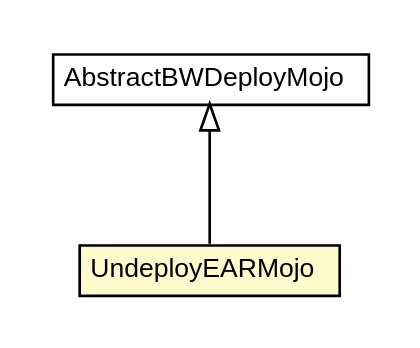
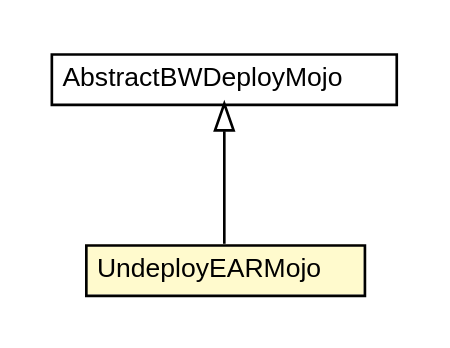
Before and after one commit to fastconnect/tibco-factory: the diagram in snapshot/bw-maven-plugin/apidocs/fr/fastconnect/factory/tibco/bw/maven/deployment/UndeployEARMojo.dot, drawn with Graphviz. The commit also changed 380 other files, not shown here.

```diff
--- a/snapshot/bw-maven-plugin/apidocs/fr/fastconnect/factory/tibco/bw/maven/deployment/UndeployEARMojo.dot
+++ b/snapshot/bw-maven-plugin/apidocs/fr/fastconnect/factory/tibco/bw/maven/deployment/UndeployEARMojo.dot
@@ -1,26 +1,26 @@
 #!/usr/local/bin/dot
 #
 # Class diagram 
 # Generated by UMLGraph version R5_6-24-gf6e263 (http://www.umlgraph.org/)
 #
 
 digraph G {
-	edge [fontname="arial",fontsize=10,labelfontname="arial",labelfontsize=10];
-	node [fontname="arial",fontsize=10,shape=plaintext];
+	edge [fontname="Helvetica",fontsize=10,labelfontname="Helvetica",labelfontsize=10];
+	node [fontname="Helvetica",fontsize=10,shape=plaintext];
 	nodesep=0.25;
 	ranksep=0.5;
 	// fr.fastconnect.factory.tibco.bw.maven.deployment.UndeployEARMojo
-	c4041 [label=<<table title="fr.fastconnect.factory.tibco.bw.maven.deployment.UndeployEARMojo" border="0" cellborder="1" cellspacing="0" cellpadding="2" port="p" bgcolor="lemonChiffon" href="./UndeployEARMojo.html">
+	c4317 [label=<<table title="fr.fastconnect.factory.tibco.bw.maven.deployment.UndeployEARMojo" border="0" cellborder="1" cellspacing="0" cellpadding="2" port="p" bgcolor="lemonChiffon" href="./UndeployEARMojo.html">
 		<tr><td><table border="0" cellspacing="0" cellpadding="1">
 <tr><td align="center" balign="center"> UndeployEARMojo </td></tr>
 		</table></td></tr>
-		</table>>, URL="./UndeployEARMojo.html", fontname="arial", fontcolor="black", fontsize=10.0];
+		</table>>, URL="./UndeployEARMojo.html", fontname="Helvetica", fontcolor="black", fontsize=10.0];
 	// fr.fastconnect.factory.tibco.bw.maven.deployment.AbstractBWDeployMojo
-	c4048 [label=<<table title="fr.fastconnect.factory.tibco.bw.maven.deployment.AbstractBWDeployMojo" border="0" cellborder="1" cellspacing="0" cellpadding="2" port="p" href="./AbstractBWDeployMojo.html">
+	c4323 [label=<<table title="fr.fastconnect.factory.tibco.bw.maven.deployment.AbstractBWDeployMojo" border="0" cellborder="1" cellspacing="0" cellpadding="2" port="p" href="./AbstractBWDeployMojo.html">
 		<tr><td><table border="0" cellspacing="0" cellpadding="1">
 <tr><td align="center" balign="center"> AbstractBWDeployMojo </td></tr>
 		</table></td></tr>
-		</table>>, URL="./AbstractBWDeployMojo.html", fontname="arial", fontcolor="black", fontsize=10.0];
+		</table>>, URL="./AbstractBWDeployMojo.html", fontname="Helvetica", fontcolor="black", fontsize=10.0];
 	//fr.fastconnect.factory.tibco.bw.maven.deployment.UndeployEARMojo extends fr.fastconnect.factory.tibco.bw.maven.deployment.AbstractBWDeployMojo
-	c4048:p -> c4041:p [dir=back,arrowtail=empty];
+	c4323:p -> c4317:p [dir=back,arrowtail=empty];
 }
```
